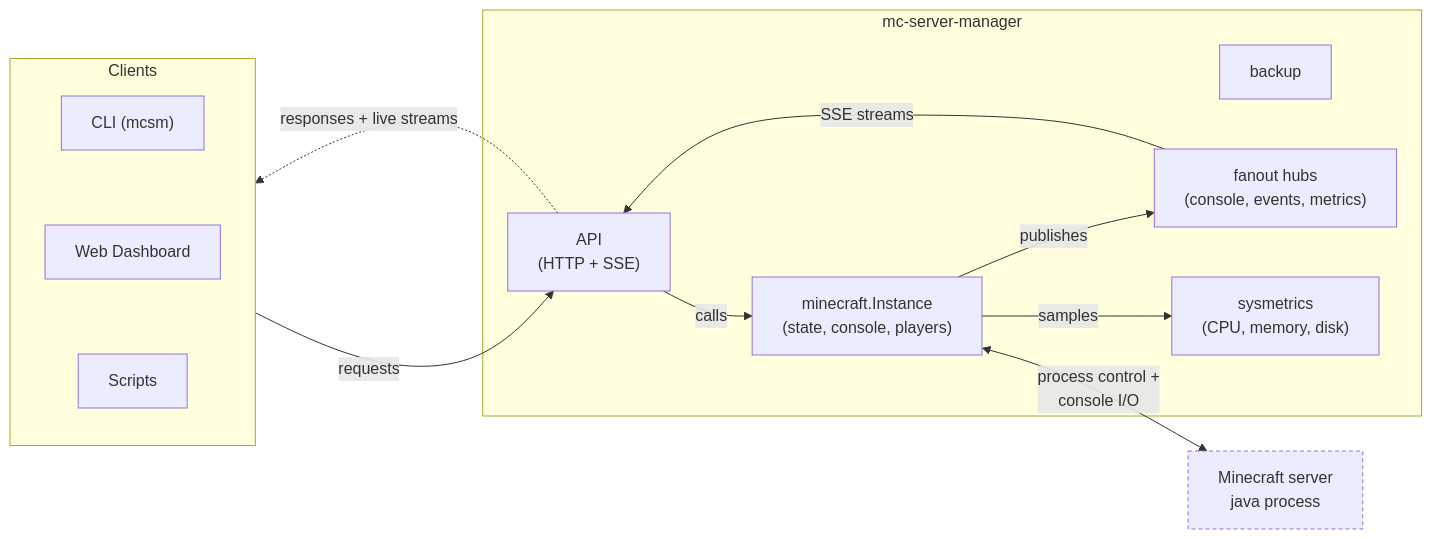
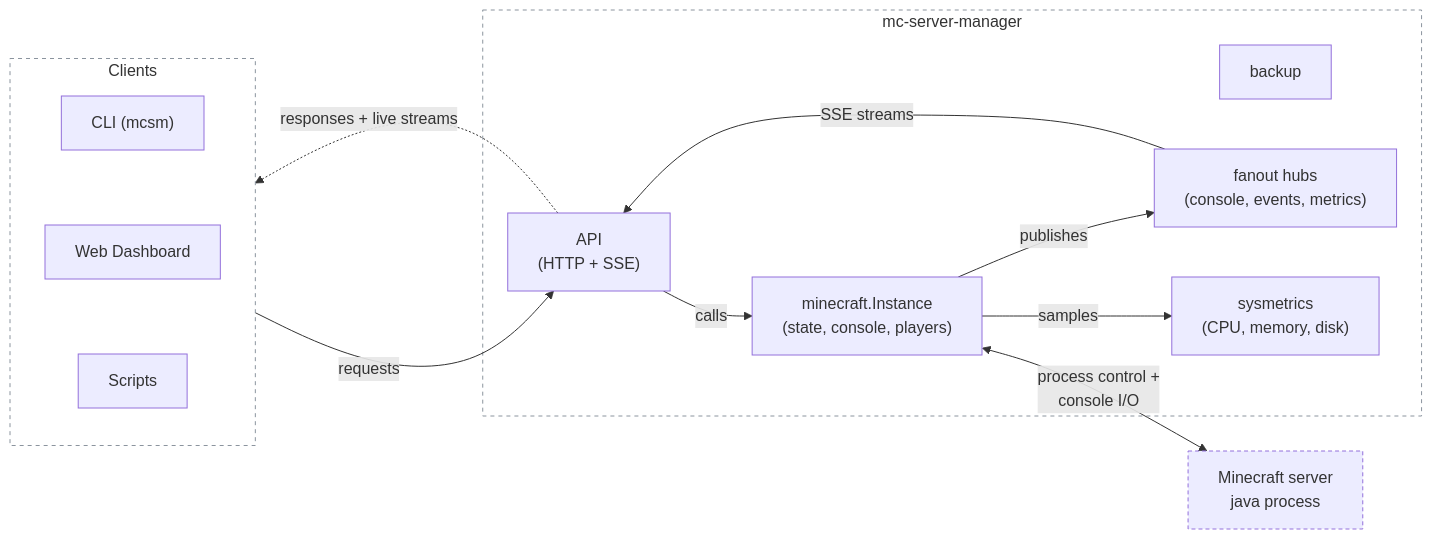
The first of 2 diagrams in docs/ARCHITECTURE.md (emiHuy/mc-server-manager), drawn with Mermaid before and after one commit.

Commit message:
docs: update flowchart styling

````diff
--- a/docs/ARCHITECTURE.md
+++ b/docs/ARCHITECTURE.md
@@ -7,34 +7,37 @@
 ```mermaid
 flowchart LR
     subgraph clients["Clients"]
         direction TB
         CLI["CLI (mcsm)"]
         Dash["Web Dashboard"]
         Scripts["Scripts"]
         CLI ~~~ Dash ~~~ Scripts
     end
 
     subgraph manager["mc-server-manager"]
         API["API<br/>(HTTP + SSE)"]
 
         Backup["backup"]
 
         Inst["minecraft.Instance<br/>(state, console, players)"]
         Hubs["fanout hubs<br/>(console, events, metrics)"]
         Sys["sysmetrics<br/>(CPU, memory, disk)"]
     end
 
 
     Java["Minecraft server<br/>java process"]
 
     clients -->|"requests"| API
     API -.->|"responses + live streams"| clients
     API -->|"calls"| Inst
     Inst <-->|"process control + <br/> console I/O"| Java
     Inst -->|"publishes"| Hubs
     Inst -->|"samples"| Sys
     Hubs -->|"SSE streams"| API
 
     classDef external stroke-dasharray: 4 3
     class Java external
+
+    style clients fill:none,stroke:#8b949e,stroke-dasharray: 4 4
+    style manager fill:none,stroke:#8b949e,stroke-dasharray: 4 4
 ```
````
